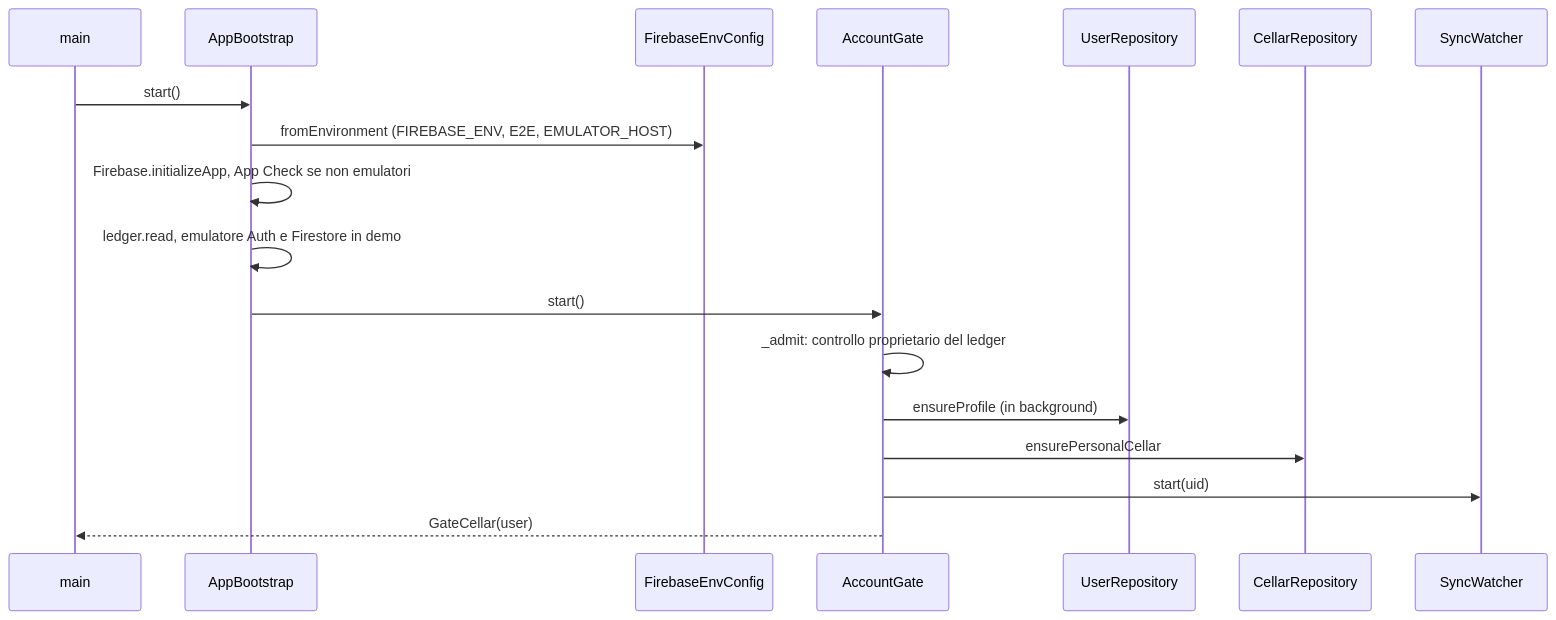
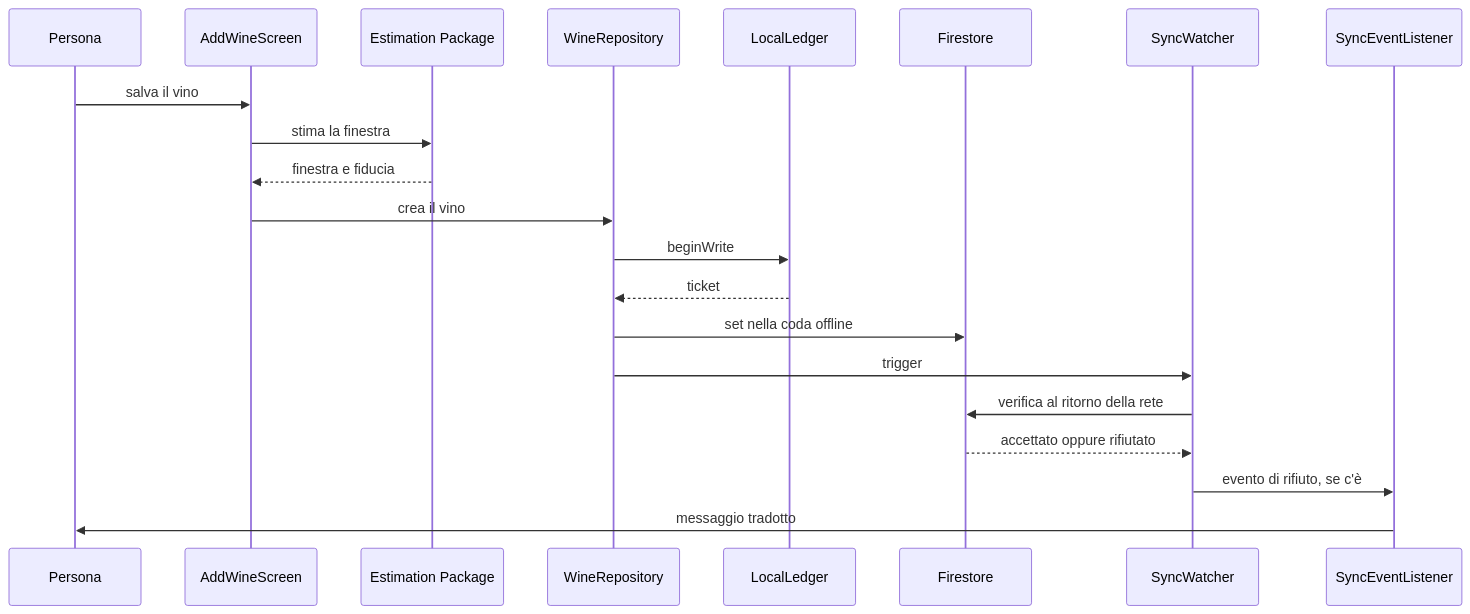
Before and after one commit to brunobottazzini/Vinoozy: the third of 4 diagrams in aidlc/spaces/default/codekb/Vinoozy/architecture.md, drawn with Mermaid. The commit also changed other lines of this file and 193 other files, not shown here.

````diff
--- a/aidlc/spaces/default/codekb/Vinoozy/architecture.md
+++ b/aidlc/spaces/default/codekb/Vinoozy/architecture.md
@@ -191,20 +138,24 @@
 ```mermaid
 sequenceDiagram
-  participant M as main
-  participant Bo as AppBootstrap
-  participant E as FirebaseEnvConfig
-  participant G as AccountGate
-  participant U as UserRepository
-  participant C as CellarRepository
-  participant S as SyncWatcher
-  M->>Bo: start()
-  Bo->>E: fromEnvironment (FIREBASE_ENV, E2E, EMULATOR_HOST)
-  Bo->>Bo: Firebase.initializeApp, App Check se non emulatori
-  Bo->>Bo: ledger.read, emulatore Auth e Firestore in demo
-  Bo->>G: start()
-  G->>G: _admit: controllo proprietario del ledger
-  G->>U: ensureProfile (in background)
-  G->>C: ensurePersonalCellar
-  G->>S: start(uid)
-  G-->>M: GateCellar(user)
+  participant User as Persona
+  participant Form as AddWineScreen
+  participant Est as Estimation Package
+  participant Repo as WineRepository
+  participant Ledger as LocalLedger
+  participant FS as Firestore
+  participant Watch as SyncWatcher
+  participant Root as SyncEventListener
+
+  User->>Form: salva il vino
+  Form->>Est: stima la finestra
+  Est-->>Form: finestra e fiducia
+  Form->>Repo: crea il vino
+  Repo->>Ledger: beginWrite
+  Ledger-->>Repo: ticket
+  Repo->>FS: set nella coda offline
+  Repo->>Watch: trigger
+  Watch->>FS: verifica al ritorno della rete
+  FS-->>Watch: accettato oppure rifiutato
+  Watch->>Root: evento di rifiuto, se c'è
+  Root->>User: messaggio tradotto
 ```
````
